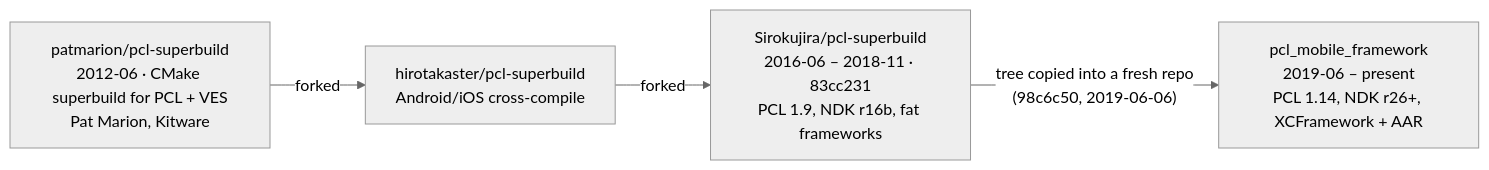
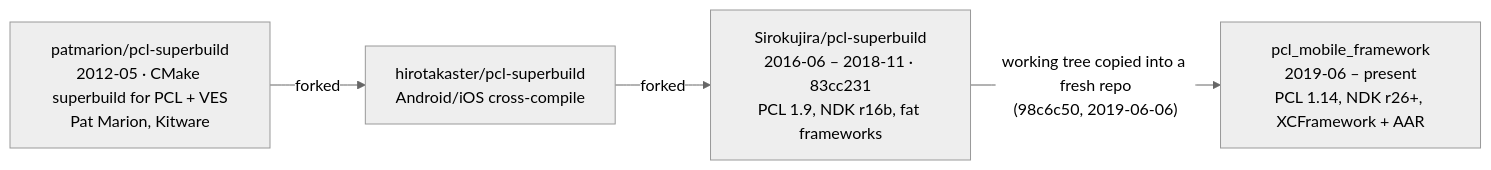
The diagram in docs/LINEAGE.md (Sirokujira/pcl_mobile_framework), drawn with Mermaid (neutral theme) before and after one commit. The commit also changed other lines of this file and 7 other files, not shown here.

````diff
--- a/docs/LINEAGE.md
+++ b/docs/LINEAGE.md
@@ -17,10 +16,10 @@
 ```mermaid
 graph LR
-    A["patmarion/pcl-superbuild<br/>2012-06 · CMake superbuild for PCL + VES<br/>Pat Marion, Kitware"]
+    A["patmarion/pcl-superbuild<br/>2012-05 · CMake superbuild for PCL + VES<br/>Pat Marion, Kitware"]
     B["hirotakaster/pcl-superbuild<br/>Android/iOS cross-compile"]
     C["Sirokujira/pcl-superbuild<br/>2016-06 – 2018-11 · 83cc231<br/>PCL 1.9, NDK r16b, fat frameworks"]
     D["pcl_mobile_framework<br/>2019-06 – present<br/>PCL 1.14, NDK r26+, XCFramework + AAR"]
     A -->|forked| B
     B -->|forked| C
-    C -->|"tree copied into a fresh repo<br/>(98c6c50, 2019-06-06)"| D
+    C -->|"working tree copied into a fresh repo<br/>(98c6c50, 2019-06-06)"| D
 ```
````
